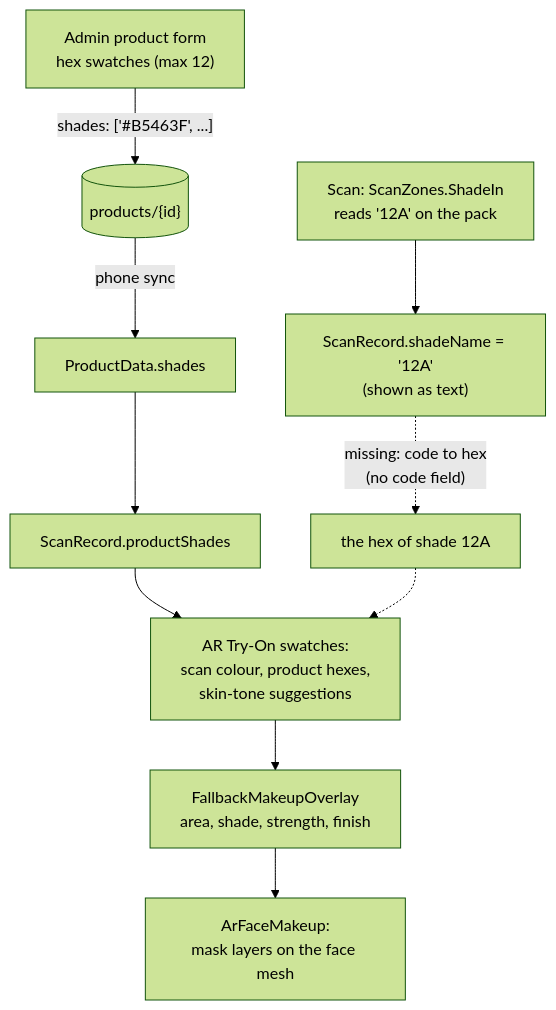
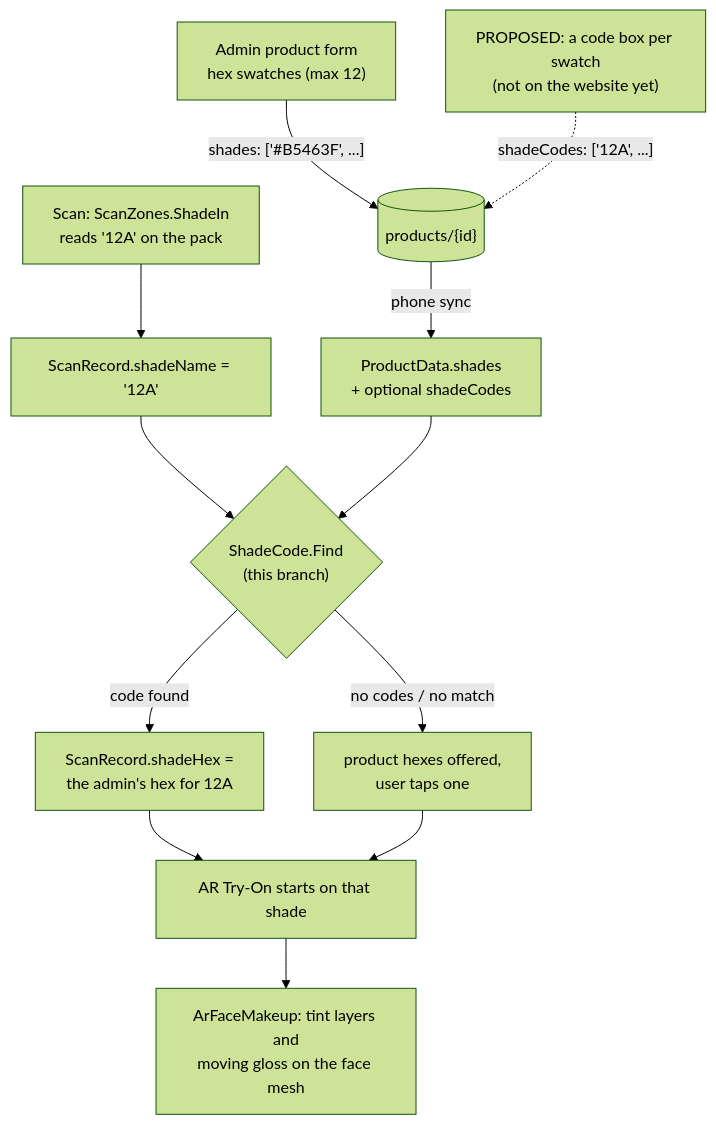
One commit to EqoSystem/GlowUp changed the diagram in docs/ai-data-report/diagrams/shade-flow.mmd. Above: the diagram before and after it, drawn with Mermaid (forest theme). The commit also changed 8 other files, not shown here.

First line of the commit message:
Report updated with the AR results (Part 11: changes, tiers, blend math, tests, APK, rollback), shade-code section, install guide, CHANGES_EXPLAINED.md

```diff
--- a/docs/ai-data-report/diagrams/shade-flow.mmd
+++ b/docs/ai-data-report/diagrams/shade-flow.mmd
@@ -1,10 +1,12 @@
 flowchart TD
   A["Admin product form<br/>hex swatches (max 12)"] -->|"shades: ['#B5463F', ...]"| F[("products/{id}")]
-  F -->|"phone sync"| P["ProductData.shades"]
-  S["Scan: ScanZones.ShadeIn<br/>reads '12A' on the pack"] --> R["ScanRecord.shadeName = '12A'<br/>(shown as text)"]
-  P --> R2["ScanRecord.productShades"]
-  R -.->|"missing: code to hex<br/>(no code field)"| H["the hex of shade 12A"]
-  R2 --> AR["AR Try-On swatches:<br/>scan colour, product hexes,<br/>skin-tone suggestions"]
-  H -.-> AR
-  AR --> M["FallbackMakeupOverlay<br/>area, shade, strength, finish"]
-  M --> L["ArFaceMakeup:<br/>mask layers on the face mesh"]
+  A2["PROPOSED: a code box per swatch<br/>(not on the website yet)"] -.->|"shadeCodes: ['12A', ...]"| F
+  F -->|"phone sync"| P["ProductData.shades<br/>+ optional shadeCodes"]
+  S["Scan: ScanZones.ShadeIn<br/>reads '12A' on the pack"] --> R["ScanRecord.shadeName = '12A'"]
+  R --> SC{"ShadeCode.Find<br/>(this branch)"}
+  P --> SC
+  SC -->|"code found"| H["ScanRecord.shadeHex =<br/>the admin's hex for 12A"]
+  SC -->|"no codes / no match"| R2["product hexes offered,<br/>user taps one"]
+  H --> AR["AR Try-On starts on that shade"]
+  R2 --> AR
+  AR --> L["ArFaceMakeup: tint layers and<br/>moving gloss on the face mesh"]
```
